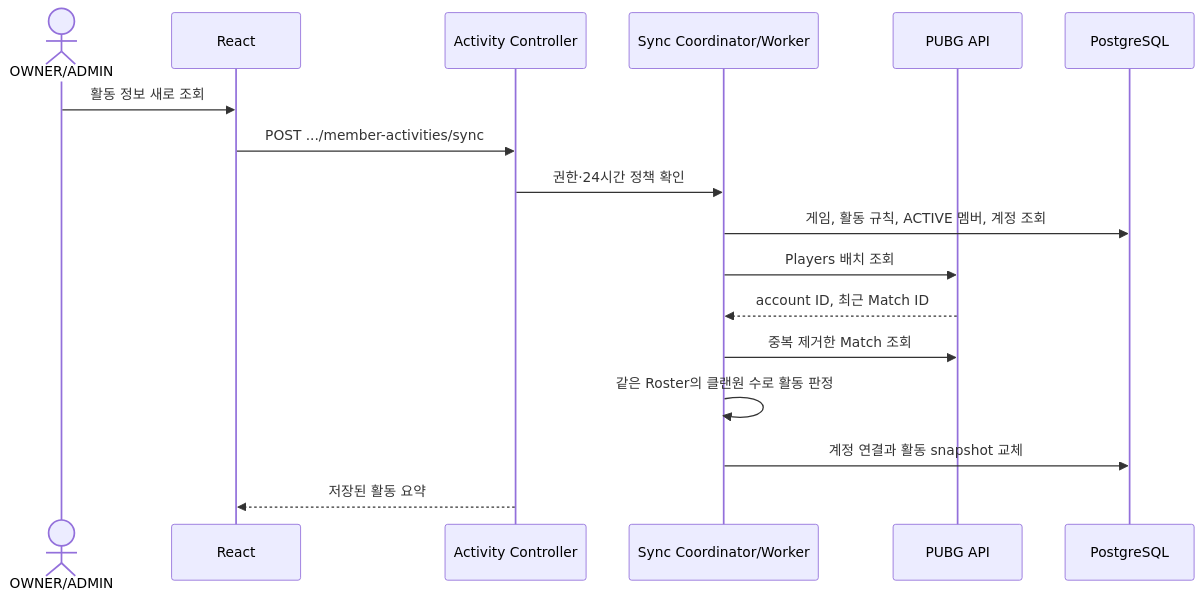
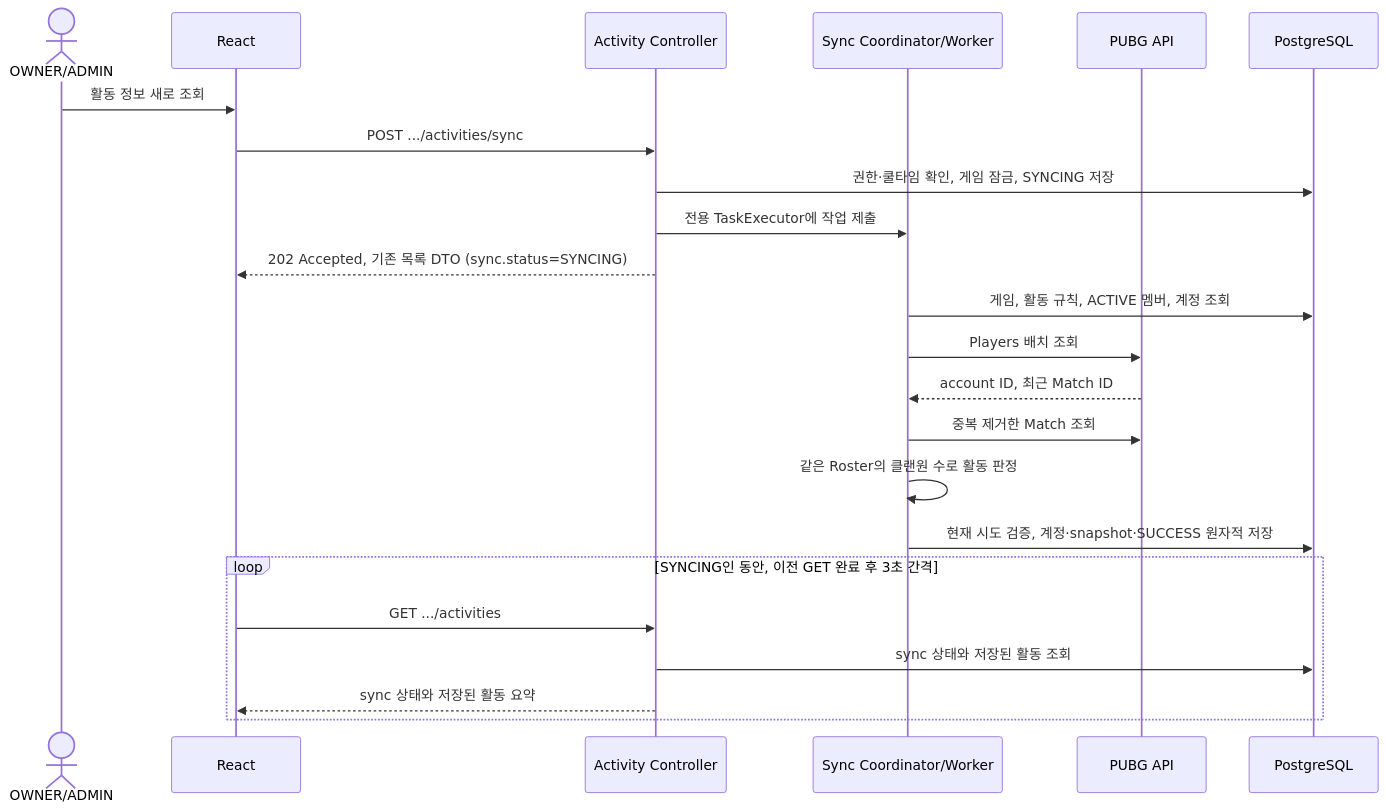
One commit to heun0180/guildup changed the fourth of 6 diagrams in README.md. Above: the diagram before and after it, drawn with Mermaid. The commit also changed other lines of this file and 15 other files, not shown here.

````diff
--- a/README.md
+++ b/README.md
@@ -240,20 +240,26 @@
 ```mermaid
 sequenceDiagram
     actor Admin as OWNER/ADMIN
     participant React
     participant API as Activity Controller
     participant Worker as Sync Coordinator/Worker
     participant PUBG as PUBG API
     participant DB as PostgreSQL
 
     Admin->>React: 활동 정보 새로 조회
-    React->>API: POST .../member-activities/sync
-    API->>Worker: 권한·24시간 정책 확인
+    React->>API: POST .../activities/sync
+    API->>DB: 권한·쿨타임 확인, 게임 잠금, SYNCING 저장
+    API->>Worker: 전용 TaskExecutor에 작업 제출
+    API-->>React: 202 Accepted, 기존 목록 DTO (sync.status=SYNCING)
     Worker->>DB: 게임, 활동 규칙, ACTIVE 멤버, 계정 조회
     Worker->>PUBG: Players 배치 조회
     PUBG-->>Worker: account ID, 최근 Match ID
     Worker->>PUBG: 중복 제거한 Match 조회
     Worker->>Worker: 같은 Roster의 클랜원 수로 활동 판정
-    Worker->>DB: 계정 연결과 활동 snapshot 교체
-    API-->>React: 저장된 활동 요약
+    Worker->>DB: 현재 시도 검증, 계정·snapshot·SUCCESS 원자적 저장
+    loop SYNCING인 동안, 이전 GET 완료 후 3초 간격
+        React->>API: GET .../activities
+        API->>DB: sync 상태와 저장된 활동 조회
+        API-->>React: sync 상태와 저장된 활동 요약
+    end
 ```
````
